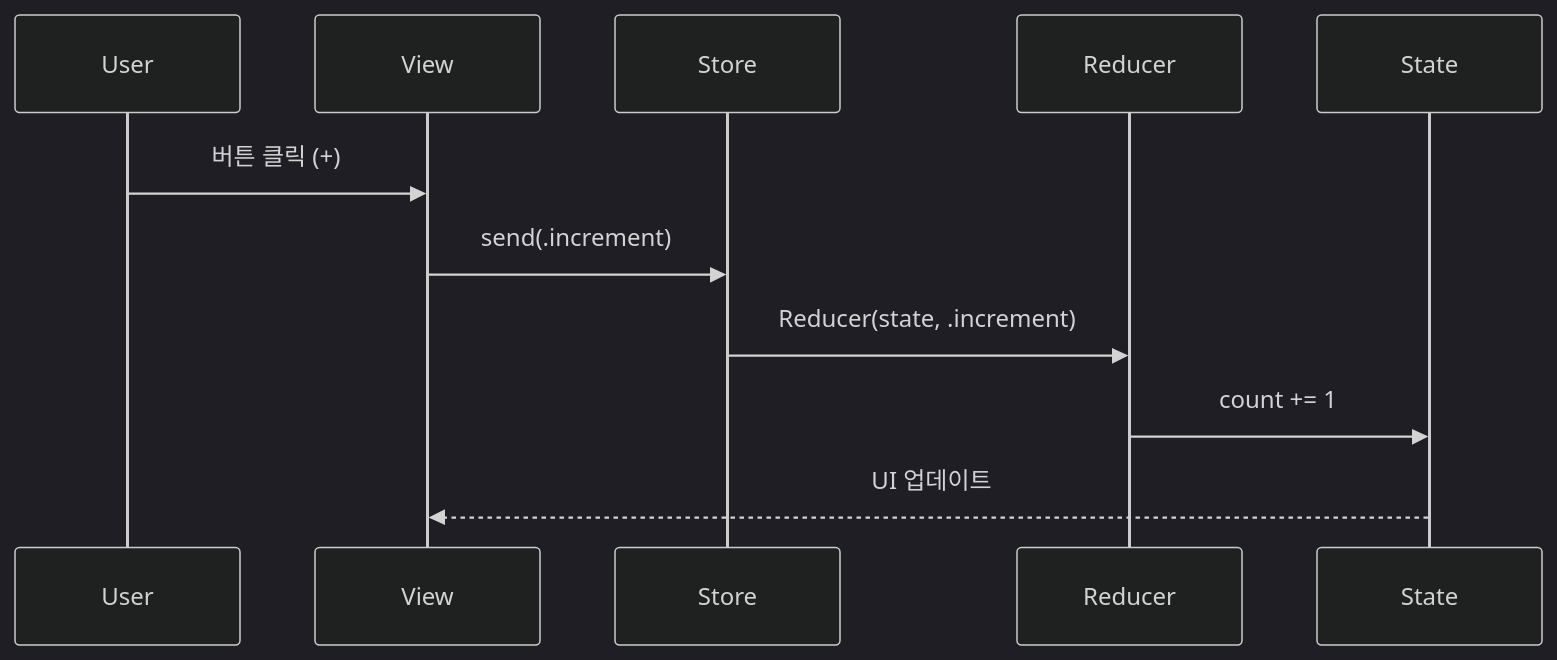
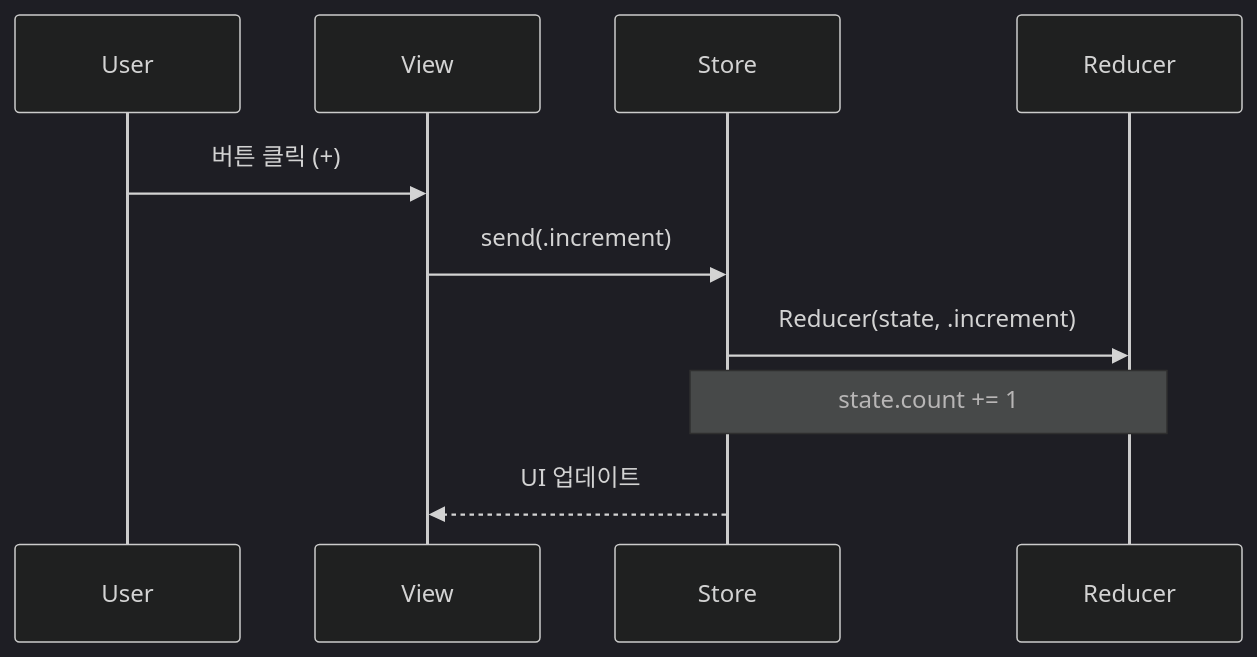
Before and after one commit to talq44/study: the diagram in TCA/Chapter2.md, drawn with Mermaid (dark theme).

Commit message:
제미나이 의견 받아들임

````diff
--- a/TCA/Chapter2.md
+++ b/TCA/Chapter2.md
@@ -56,14 +56,12 @@
 ```mermaid
 sequenceDiagram
     participant User
     participant View
     participant Store
     participant Reducer
-    participant State
-
     User->>View: 버튼 클릭 (+)
     View->>Store: send(.increment)
     Store->>Reducer: Reducer(state, .increment)
-    Reducer->>State: count += 1
-    State-->>View: UI 업데이트
+    note over Store, Reducer: state.count += 1
+    Store-->>View: UI 업데이트
 ```
````
